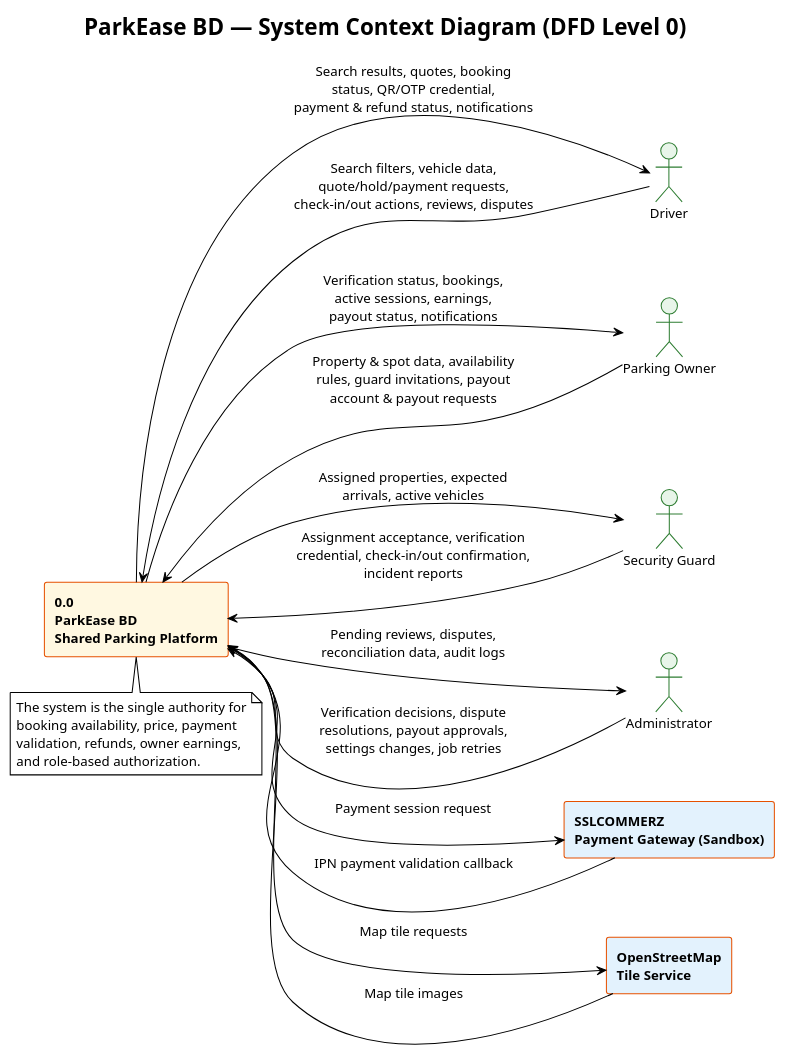
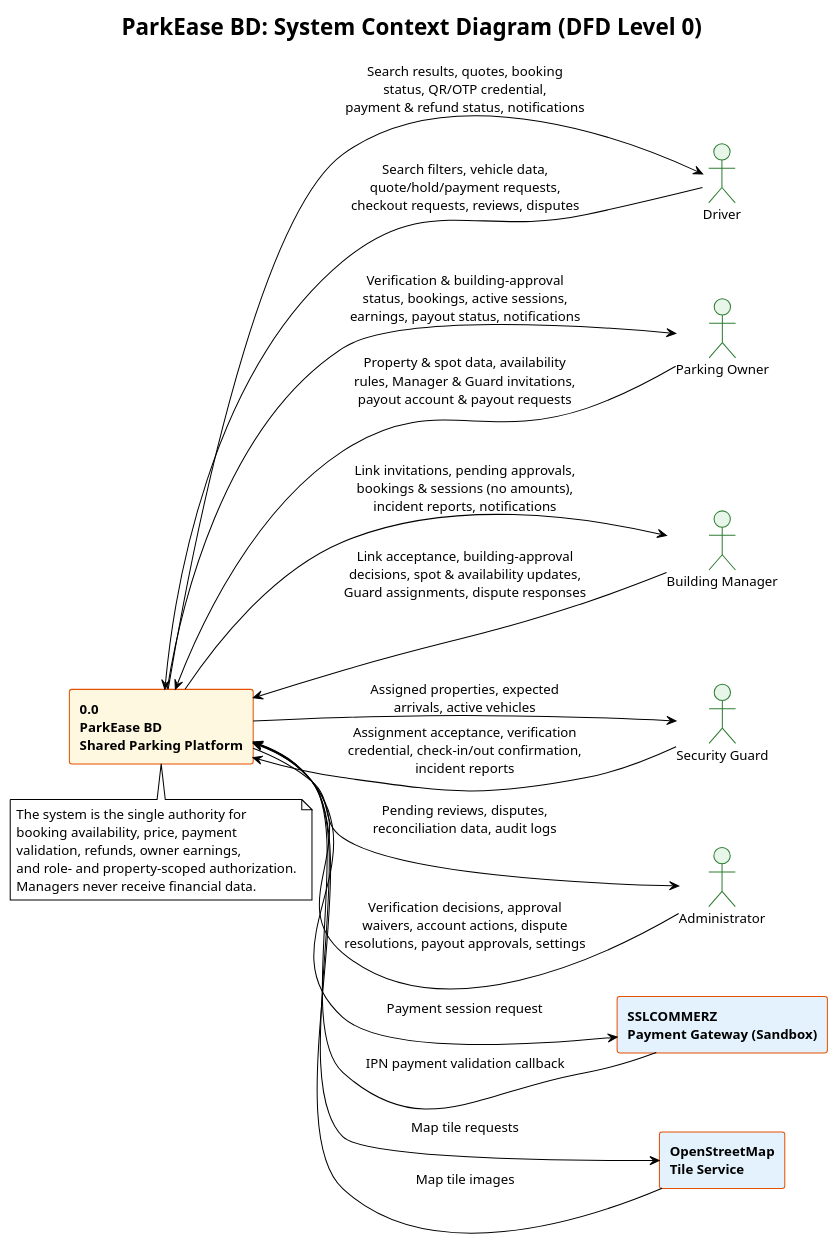
One commit to 0xFaysal/se-lab-wake-up-to-reality changed the diagram in docs/diagrams/context-diagram.puml. Above: the diagram before and after it, drawn with PlantUML. The commit also changed 10 other files, not shown here.

First line of the commit message:
docs(srs): add Building Manager role and align SRS with develop

```diff
--- a/docs/diagrams/context-diagram.puml
+++ b/docs/diagrams/context-diagram.puml
@@ -1,55 +1,60 @@
 @startuml context-diagram
 !theme plain
-title ParkEase BD — System Context Diagram (DFD Level 0)
+title ParkEase BD: System Context Diagram (DFD Level 0)
 
 skinparam backgroundColor white
 skinparam shadowing false
 skinparam defaultFontSize 13
 skinparam rectangle {
   BackgroundColor #FFF8E1
   BorderColor #E65100
   FontStyle bold
 }
 skinparam actor {
   BackgroundColor #E8F5E9
   BorderColor #2E7D32
 }
 
 left to right direction
 
 actor "Driver" as Driver
 actor "Parking Owner" as Owner
+actor "Building Manager" as Manager
 actor "Security Guard" as Guard
 actor "Administrator" as Admin
 
 rectangle "0.0\nParkEase BD\nShared Parking Platform" as System
 
 rectangle "SSLCOMMERZ\nPayment Gateway (Sandbox)" as SSL #E3F2FD
 rectangle "OpenStreetMap\nTile Service" as OSM #E3F2FD
 
-Driver --> System : Search filters, vehicle data,\nquote/hold/payment requests,\ncheck-in/out actions, reviews, disputes
+Driver --> System : Search filters, vehicle data,\nquote/hold/payment requests,\ncheckout requests, reviews, disputes
 System --> Driver : Search results, quotes, booking\nstatus, QR/OTP credential,\npayment & refund status, notifications
 
-Owner --> System : Property & spot data, availability\nrules, guard invitations, payout\naccount & payout requests
-System --> Owner : Verification status, bookings,\nactive sessions, earnings,\npayout status, notifications
+Owner --> System : Property & spot data, availability\nrules, Manager & Guard invitations,\npayout account & payout requests
+System --> Owner : Verification & building-approval\nstatus, bookings, active sessions,\nearnings, payout status, notifications
+
+Manager --> System : Link acceptance, building-approval\ndecisions, spot & availability updates,\nGuard assignments, dispute responses
+System --> Manager : Link invitations, pending approvals,\nbookings & sessions (no amounts),\nincident reports, notifications
 
 Guard --> System : Assignment acceptance, verification\ncredential, check-in/out confirmation,\nincident reports
 System --> Guard : Assigned properties, expected\narrivals, active vehicles
 
-Admin --> System : Verification decisions, dispute\nresolutions, payout approvals,\nsettings changes, job retries
+Admin --> System : Verification decisions, approval\nwaivers, account actions, dispute\nresolutions, payout approvals, settings
 System --> Admin : Pending reviews, disputes,\nreconciliation data, audit logs
 
 System --> SSL : Payment session request
 SSL --> System : IPN payment validation callback
 
 System --> OSM : Map tile requests
 OSM --> System : Map tile images
 
 note bottom of System
   The system is the single authority for
   booking availability, price, payment
   validation, refunds, owner earnings,
-  and role-based authorization.
+  and role- and property-scoped authorization.
+  Managers never receive financial data.
 end note
 
 @enduml
```
